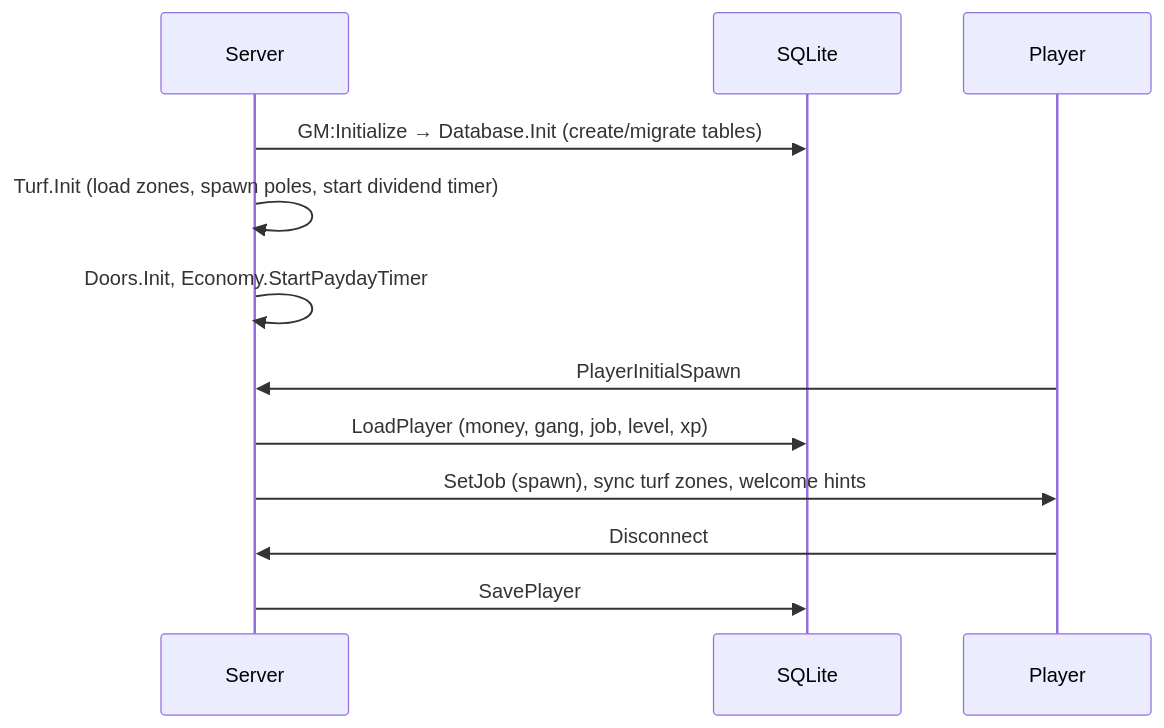
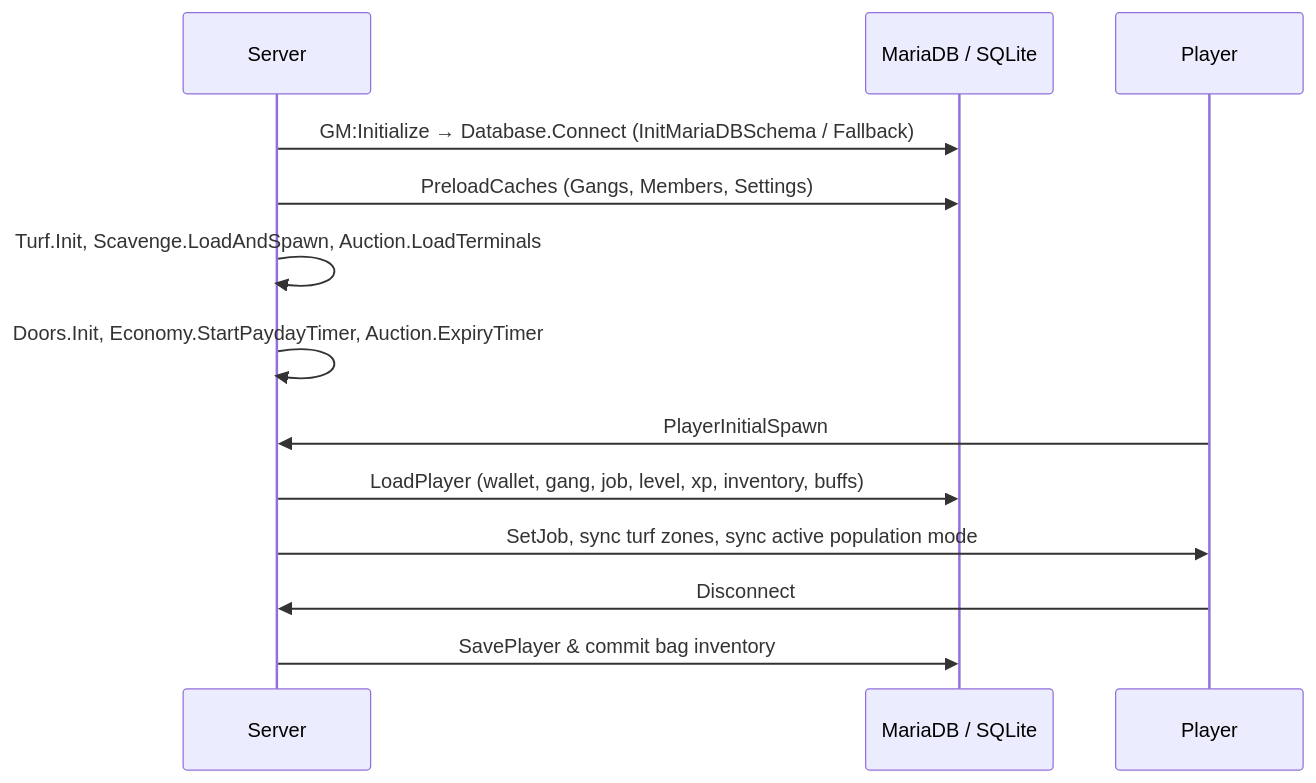
Before and after one commit to elblayko/gwrp: the fifth of 6 diagrams in README.md, drawn with Mermaid. The commit also changed other lines of this file and 2 other files, not shown here.

Commit message:
feat(auction): update bag selection and active listings count on post, update README docs

````diff
--- a/README.md
+++ b/README.md
@@ -247,14 +273,15 @@
 ```mermaid
 sequenceDiagram
     participant S as Server
-    participant DB as SQLite
+    participant DB as MariaDB / SQLite
     participant P as Player
-    S->>DB: GM:Initialize → Database.Init (create/migrate tables)
-    S->>S: Turf.Init (load zones, spawn poles, start dividend timer)
-    S->>S: Doors.Init, Economy.StartPaydayTimer
+    S->>DB: GM:Initialize → Database.Connect (InitMariaDBSchema / Fallback)
+    S->>DB: PreloadCaches (Gangs, Members, Settings)
+    S->>S: Turf.Init, Scavenge.LoadAndSpawn, Auction.LoadTerminals
+    S->>S: Doors.Init, Economy.StartPaydayTimer, Auction.ExpiryTimer
     P->>S: PlayerInitialSpawn
-    S->>DB: LoadPlayer (money, gang, job, level, xp)
-    S->>P: SetJob (spawn), sync turf zones, welcome hints
+    S->>DB: LoadPlayer (wallet, gang, job, level, xp, inventory, buffs)
+    S->>P: SetJob, sync turf zones, sync active population mode
     P->>S: Disconnect
-    S->>DB: SavePlayer
+    S->>DB: SavePlayer & commit bag inventory
 ```
````
